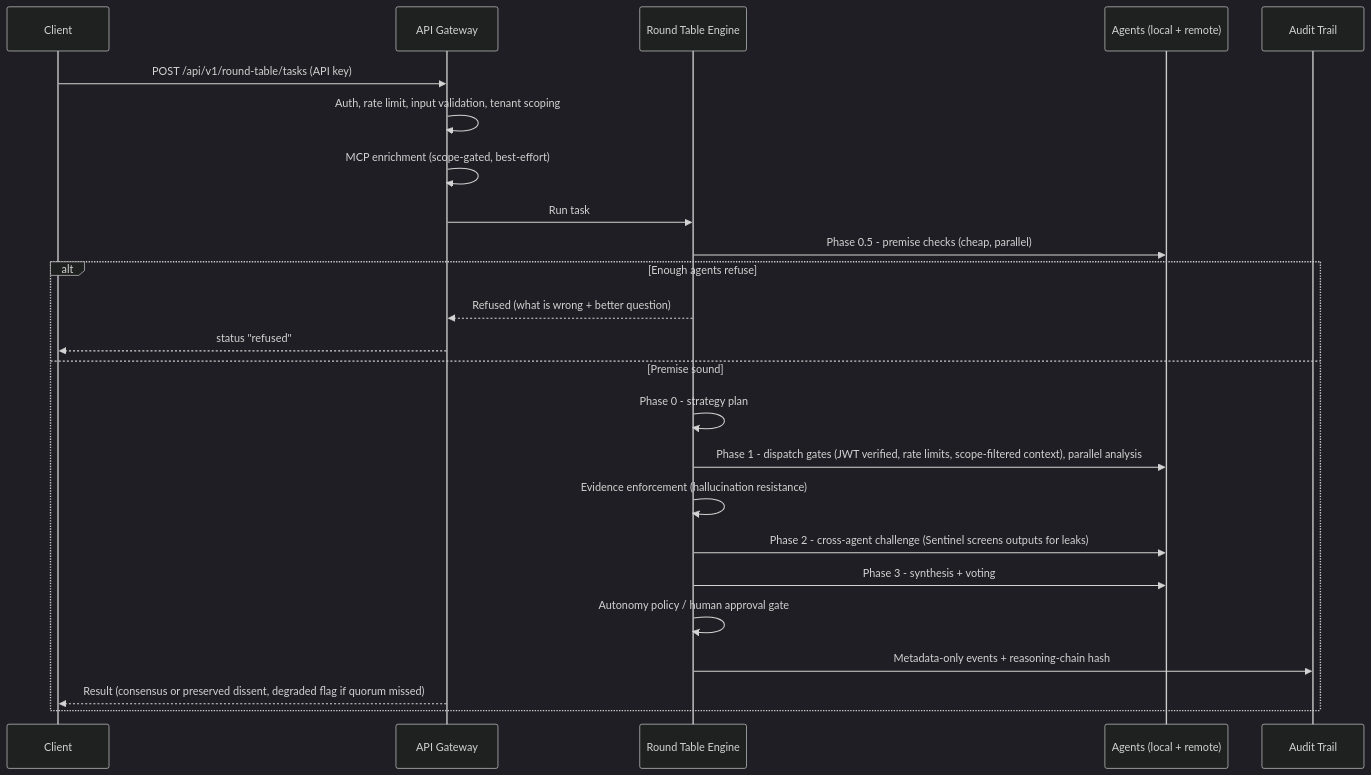
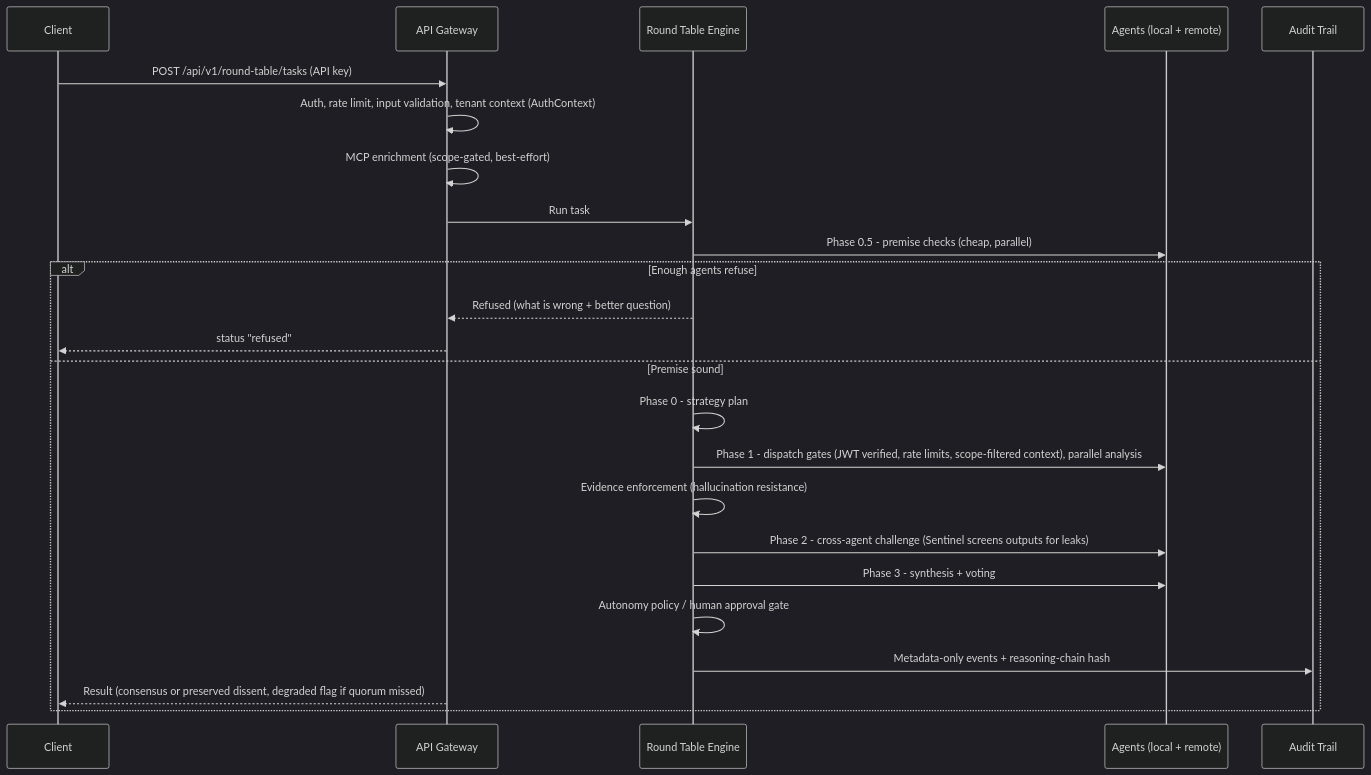
The second of 2 diagrams in docs/ARCHITECTURE.md (KangaKode/aiscaffold), drawn with Mermaid (dark theme) before and after one commit. The commit also changed 9 other files, not shown here.

````diff
--- a/docs/ARCHITECTURE.md
+++ b/docs/ARCHITECTURE.md
@@ -78,27 +78,27 @@
 ```mermaid
 sequenceDiagram
     participant Client as Client
     participant Gateway as API Gateway
     participant Engine as Round Table Engine
     participant Agents as Agents (local + remote)
     participant Audit as Audit Trail
 
     Client->>Gateway: POST /api/v1/round-table/tasks (API key)
-    Gateway->>Gateway: Auth, rate limit, input validation, tenant scoping
+    Gateway->>Gateway: Auth, rate limit, input validation, tenant context (AuthContext)
     Gateway->>Gateway: MCP enrichment (scope-gated, best-effort)
     Gateway->>Engine: Run task
     Engine->>Agents: Phase 0.5 - premise checks (cheap, parallel)
     alt Enough agents refuse
         Engine-->>Gateway: Refused (what is wrong + better question)
         Gateway-->>Client: status "refused"
     else Premise sound
         Engine->>Engine: Phase 0 - strategy plan
         Engine->>Agents: Phase 1 - dispatch gates (JWT verified, rate limits, scope-filtered context), parallel analysis
         Engine->>Engine: Evidence enforcement (hallucination resistance)
         Engine->>Agents: Phase 2 - cross-agent challenge (Sentinel screens outputs for leaks)
         Engine->>Agents: Phase 3 - synthesis + voting
         Engine->>Engine: Autonomy policy / human approval gate
         Engine->>Audit: Metadata-only events + reasoning-chain hash
         Gateway-->>Client: Result (consensus or preserved dissent, degraded flag if quorum missed)
     end
 ```
````
